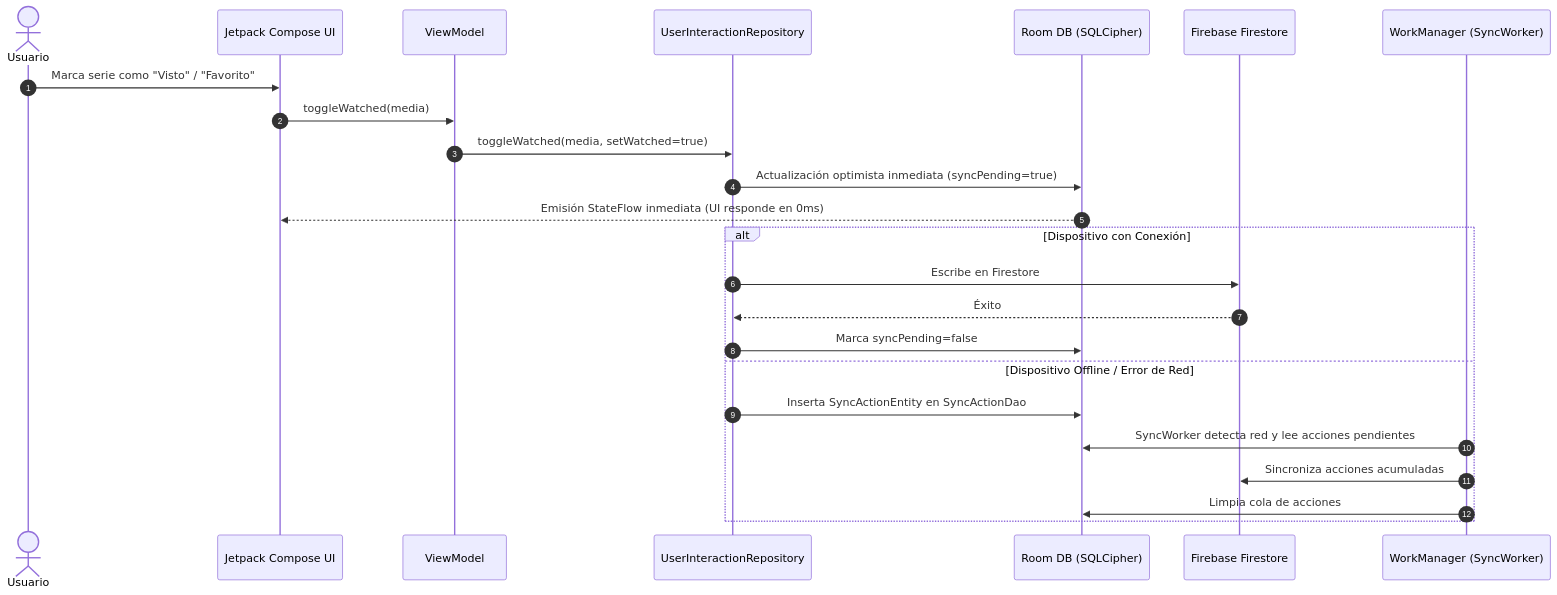
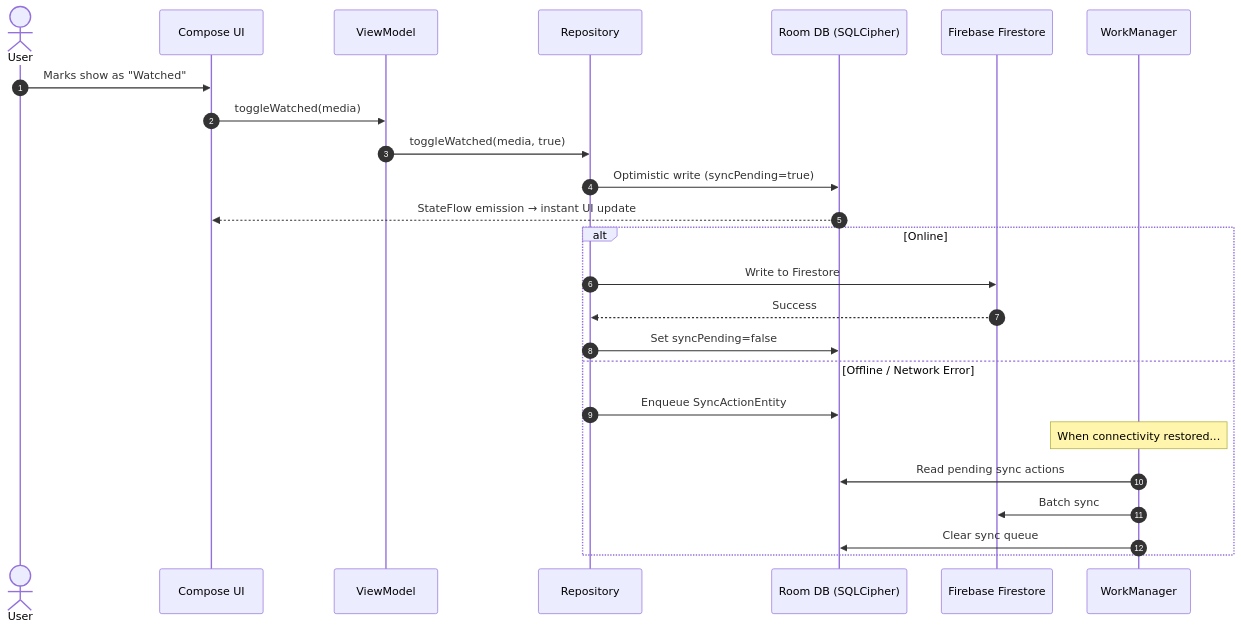
One commit to andreahidara/ShowMate-Showcase changed the second of 2 diagrams in README.md. Above: the diagram before and after it, drawn with Mermaid. The commit also changed other lines of this file and 8 other files, not shown here.

Commit message:
docs: complete portfolio showcase rewrite with architecture docs, testing strategy, and project structure

````diff
--- a/README.md
+++ b/README.md
@@ -119,27 +118,29 @@
 ```mermaid
 sequenceDiagram
     autonumber
-    actor Usuario
-    participant UI as Jetpack Compose UI
+    actor User
+    participant UI as Compose UI
     participant VM as ViewModel
-    participant Repo as UserInteractionRepository
+    participant Repo as Repository
     participant Room as Room DB (SQLCipher)
     participant Cloud as Firebase Firestore
-    participant WM as WorkManager (SyncWorker)
+    participant WM as WorkManager
 
-    Usuario->>UI: Marca serie como "Visto" / "Favorito"
+    User->>UI: Marks show as "Watched"
     UI->>VM: toggleWatched(media)
-    VM->>Repo: toggleWatched(media, setWatched=true)
-    Repo->>Room: Actualización optimista inmediata (syncPending=true)
-    Room-->>UI: Emisión StateFlow inmediata (UI responde en 0ms)
-    alt Dispositivo con Conexión
-        Repo->>Cloud: Escribe en Firestore
-        Cloud-->>Repo: Éxito
-        Repo->>Room: Marca syncPending=false
-    else Dispositivo Offline / Error de Red
-        Repo->>Room: Inserta SyncActionEntity en SyncActionDao
-        WM->>Room: SyncWorker detecta red y lee acciones pendientes
-        WM->>Cloud: Sincroniza acciones acumuladas
-        WM->>Room: Limpia cola de acciones
+    VM->>Repo: toggleWatched(media, true)
+    Repo->>Room: Optimistic write (syncPending=true)
+    Room-->>UI: StateFlow emission → instant UI update
+
+    alt Online
+        Repo->>Cloud: Write to Firestore
+        Cloud-->>Repo: Success
+        Repo->>Room: Set syncPending=false
+    else Offline / Network Error
+        Repo->>Room: Enqueue SyncActionEntity
+        Note over WM: When connectivity restored...
+        WM->>Room: Read pending sync actions
+        WM->>Cloud: Batch sync
+        WM->>Room: Clear sync queue
     end
 ```
````
